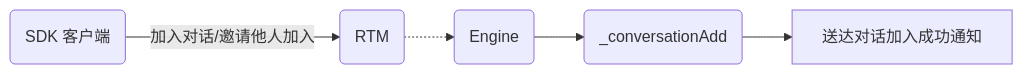
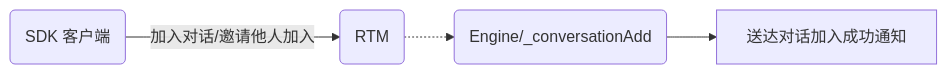
Before and after one commit to weakish/docs: the third of 5 diagrams in views/realtime-guide-senior.md, drawn with Mermaid. The commit also changed other lines of this file and 1 other file, not shown here.

````diff
--- a/views/realtime-guide-senior.md
+++ b/views/realtime-guide-senior.md
@@ -417,7 +411,6 @@
 ```mermaid
 graph LR
 A(SDK 客户端) -->|加入对话/邀请他人加入|B(RTM)
-B -.-> C(Engine)
-C --> D(_conversationAdd)
-D --> E[送达对话加入成功通知]
+B -.-> C(Engine/_conversationAdd)
+C --> E[送达对话加入成功通知]
 ```
````
